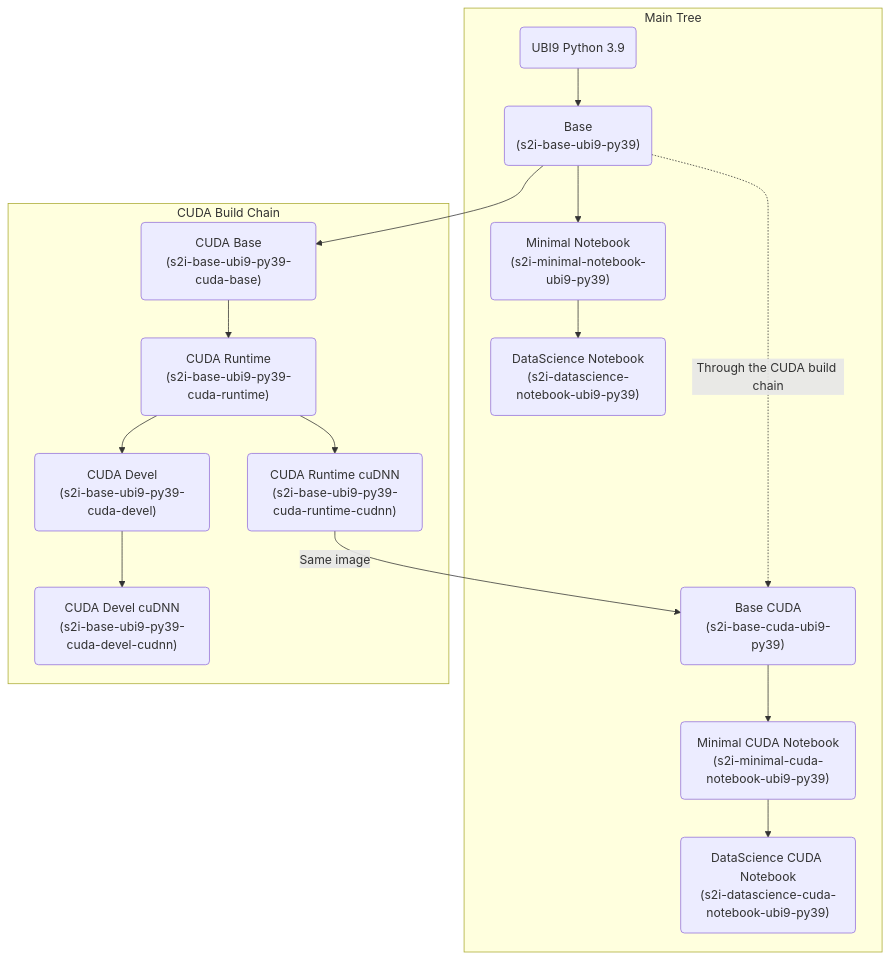
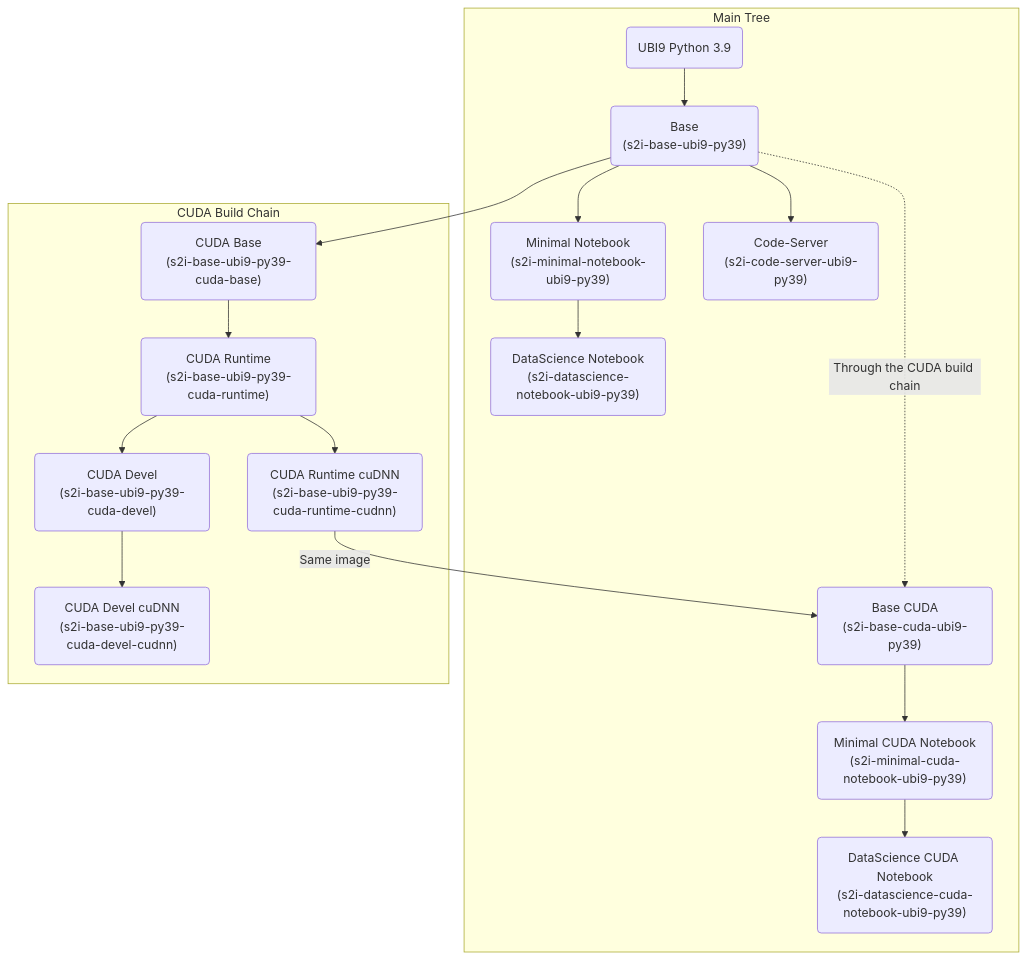
Before and after one commit to opendatahub-io-contrib/workbench-images: the first of 3 diagrams in notebook-controller-images/README.md, drawn with Mermaid. The commit also changed other lines of this file and 5 other files, not shown here.

First line of the commit message:
add code-server

````diff
--- a/notebook-controller-images/README.md
+++ b/notebook-controller-images/README.md
@@ -68,36 +72,38 @@
 ```mermaid
 graph TB
     subgraph Main Tree
     %% base
     ubi9py39(UBI9 Python 3.9)-->base-ubi9py39
     base-ubi9py39("Base<br/>(s2i-base-ubi9-py39)")
 
     %% Standard images
     base-ubi9py39-->minimal-ubi9py39
     minimal-ubi9py39("Minimal Notebook<br/>(s2i-minimal-notebook-ubi9-py39)")-->datascience-ubi9py39
     datascience-ubi9py39("DataScience Notebook<br/>(s2i-datascience-notebook-ubi9-py39)")
+    base-ubi9py39-->code-server-ubi9py39
+    code-server-ubi9py39("Code-Server<br/>(s2i-code-server-ubi9-py39)")
 
     %% CUDA images
     base-ubi9py39-.->|Through the CUDA build chain|base-cuda-ubi9py39
     base-cuda-ubi9py39("Base CUDA<br/>(s2i-base-cuda-ubi9-py39)")-->minimal-cuda-ubi9py39
     minimal-cuda-ubi9py39("Minimal CUDA Notebook<br/>(s2i-minimal-cuda-notebook-ubi9-py39)")-->datascience-cuda-ubi9py39
     datascience-cuda-ubi9py39("DataScience CUDA Notebook<br/>(s2i-datascience-cuda-notebook-ubi9-py39)")
     end
 
     %% Links between the two graphs
     base-ubi9py39-->base-ubi9py39-cuda-base
     base-ubi9py39-cuda-runtime-cudnn-->|Same image|base-cuda-ubi9py39
 
     %% CUDA build chain
     subgraph CUDA Build Chain
     base-ubi9py39-cuda-base("CUDA Base<br/>(s2i-base-ubi9-py39-cuda-base)")-->base-ubi9py39-cuda-runtime
     base-ubi9py39-cuda-runtime("CUDA Runtime<br/>(s2i-base-ubi9-py39-cuda-runtime)")-->base-ubi9py39-cuda-runtime-cudnn
     base-ubi9py39-cuda-runtime-cudnn("CUDA Runtime cuDNN<br/>(s2i-base-ubi9-py39-cuda-runtime-cudnn)")
 
     %% CUDA Devel branch
     base-ubi9py39-cuda-runtime-->base-ubi9py39-cuda-devel
     base-ubi9py39-cuda-devel("CUDA Devel<br/>(s2i-base-ubi9-py39-cuda-devel)")-->base-ubi9py39-cuda-devel-cudnn
     base-ubi9py39-cuda-devel-cudnn("CUDA Devel cuDNN<br/>(s2i-base-ubi9-py39-cuda-devel-cudnn)")
     end
 
 ```
````
